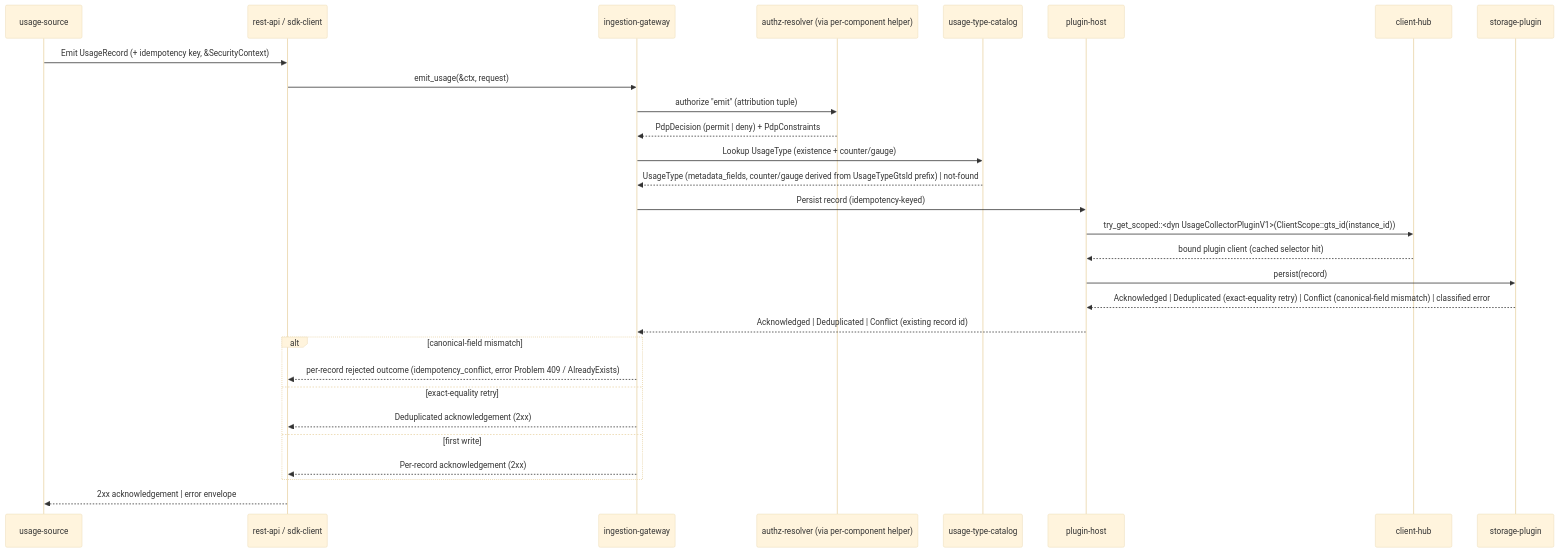
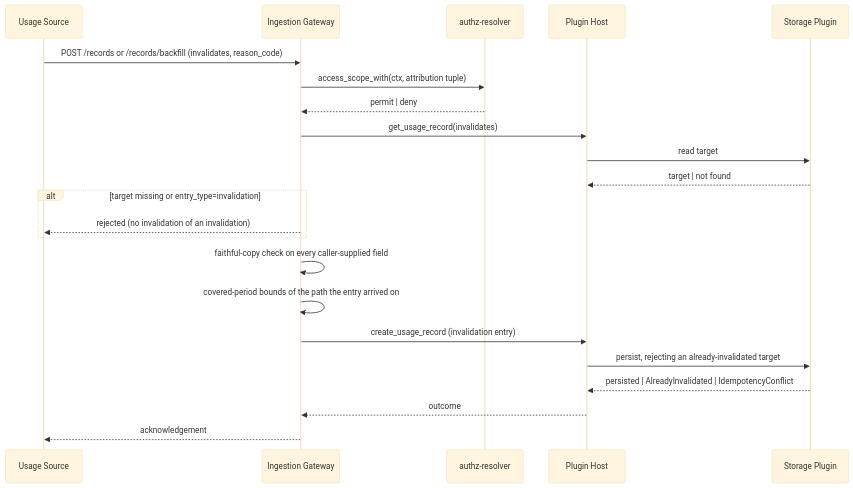
The fourth of 8 diagrams in gears/system/usage-collector/docs/DESIGN.md (constructorfabric/gears-rust), drawn with Mermaid (base theme) before and after one commit. The commit also changed other lines of this file and 36 other files, not shown here.

First line of the commit message:
docs(usage-collector)!: rework the metering model in DESIGN and the ADRs

````diff
--- a/gears/system/usage-collector/docs/DESIGN.md
+++ b/gears/system/usage-collector/docs/DESIGN.md
@@ -663,31 +1359,25 @@
 ```mermaid
 sequenceDiagram
-    participant Caller as usage-source
-    participant Surface as rest-api / sdk-client
-    participant IG as ingestion-gateway
-    participant PDP as authz-resolver (via per-component helper)
-    participant MC as usage-type-catalog
-    participant PH as plugin-host
-    participant Hub as client-hub
-    participant SP as storage-plugin
-    Caller ->> Surface: Emit UsageRecord (+ idempotency key, &SecurityContext)
-    Surface ->> IG: emit_usage(&ctx, request)
-    IG ->> PDP: authorize "emit" (attribution tuple)
-    PDP -->> IG: PdpDecision (permit | deny) + PdpConstraints
-    IG ->> MC: Lookup UsageType (existence + counter/gauge)
-    MC -->> IG: UsageType (metadata_fields, counter/gauge derived from UsageTypeGtsId prefix) | not-found
-    IG ->> PH: Persist record (idempotency-keyed)
-    PH ->> Hub: try_get_scoped::<dyn UsageCollectorPluginV1>(ClientScope::gts_id(instance_id))
-    Hub -->> PH: bound plugin client (cached selector hit)
-    PH ->> SP: persist(record)
-    SP -->> PH: Acknowledged | Deduplicated (exact-equality retry) | Conflict (canonical-field mismatch) | classified error
-    PH -->> IG: Acknowledged | Deduplicated | Conflict (existing record id)
-    alt canonical-field mismatch
-        IG -->> Surface: per-record rejected outcome (idempotency_conflict, error Problem 409 / AlreadyExists)
-    else exact-equality retry
-        IG -->> Surface: Deduplicated acknowledgement (2xx)
-    else first write
-        IG -->> Surface: Per-record acknowledgement (2xx)
+    participant S as Usage Source
+    participant IG as Ingestion Gateway
+    participant PDP as authz-resolver
+    participant PH as Plugin Host
+    participant P as Storage Plugin
+
+    S->>IG: POST /records or /records/backfill (invalidates, reason_code)
+    IG->>PDP: access_scope_with(ctx, attribution tuple)
+    PDP-->>IG: permit | deny
+    IG->>PH: get_usage_record(invalidates)
+    PH->>P: read target
+    P-->>PH: target | not found
+    alt target missing or entry_type=invalidation
+        IG-->>S: rejected (no invalidation of an invalidation)
     end
-    Surface -->> Caller: 2xx acknowledgement | error envelope
+    IG->>IG: faithful-copy check on every caller-supplied field
+    IG->>IG: covered-period bounds of the path the entry arrived on
+    IG->>PH: create_usage_record (invalidation entry)
+    PH->>P: persist, rejecting an already-invalidated target
+    P-->>PH: persisted | AlreadyInvalidated | IdempotencyConflict
+    PH-->>IG: outcome
+    IG-->>S: acknowledgement
 ```
````
